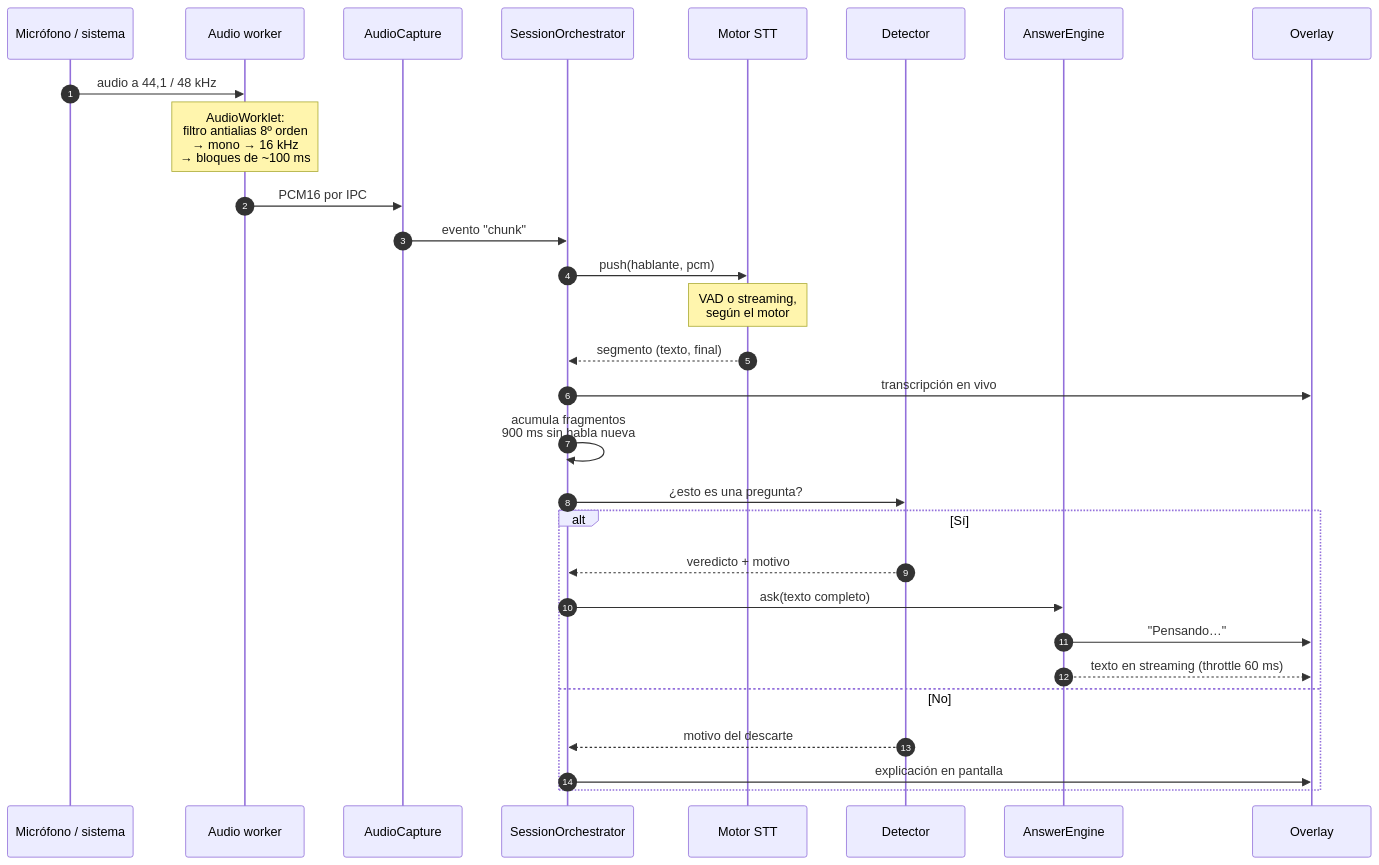
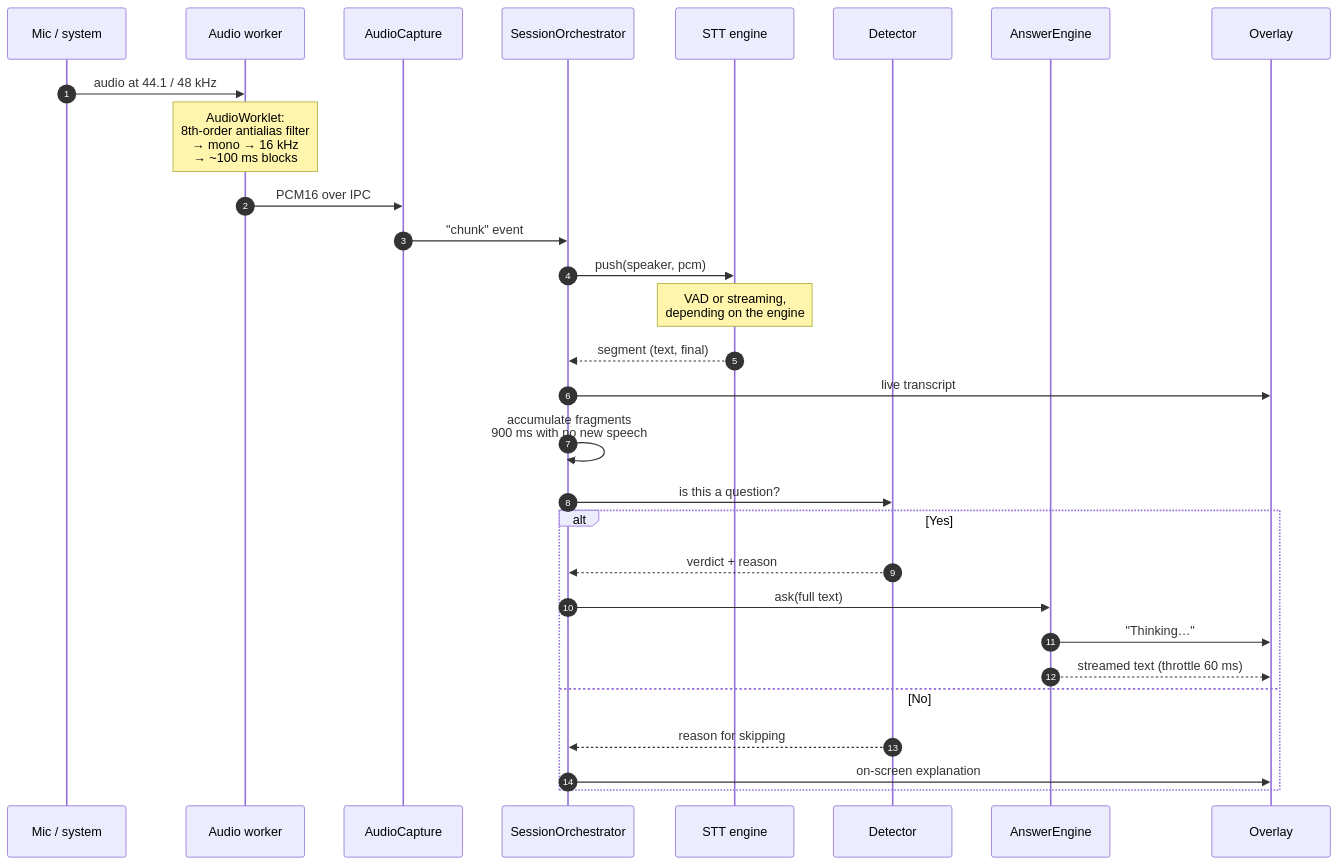
The second of 7 diagrams in ARCHITECTURE.md (cflarios/Tayori), drawn with Mermaid before and after one commit. The commit also changed other lines of this file and 2 other files, not shown here.

First line of the commit message:
docs: translate ARCHITECTURE.md to English

````diff
--- a/ARCHITECTURE.md
+++ b/ARCHITECTURE.md
@@ -78,32 +78,32 @@
 ```mermaid
 sequenceDiagram
     autonumber
-    participant Mic as Micrófono / sistema
+    participant Mic as Mic / system
     participant W as Audio worker
     participant C as AudioCapture
     participant S as SessionOrchestrator
-    participant T as Motor STT
+    participant T as STT engine
     participant D as Detector
     participant A as AnswerEngine
     participant O as Overlay
 
-    Mic->>W: audio a 44,1 / 48 kHz
-    Note over W: AudioWorklet:<br/>filtro antialias 8º orden<br/>→ mono → 16 kHz<br/>→ bloques de ~100 ms
-    W->>C: PCM16 por IPC
-    C->>S: evento "chunk"
-    S->>T: push(hablante, pcm)
-    Note over T: VAD o streaming,<br/>según el motor
-    T-->>S: segmento (texto, final)
-    S->>O: transcripción en vivo
-    S->>S: acumula fragmentos<br/>900 ms sin habla nueva
-    S->>D: ¿esto es una pregunta?
-    alt Sí
-        D-->>S: veredicto + motivo
-        S->>A: ask(texto completo)
-        A->>O: "Pensando…"
-        A-->>O: texto en streaming (throttle 60 ms)
+    Mic->>W: audio at 44.1 / 48 kHz
+    Note over W: AudioWorklet:<br/>8th-order antialias filter<br/>→ mono → 16 kHz<br/>→ ~100 ms blocks
+    W->>C: PCM16 over IPC
+    C->>S: "chunk" event
+    S->>T: push(speaker, pcm)
+    Note over T: VAD or streaming,<br/>depending on the engine
+    T-->>S: segment (text, final)
+    S->>O: live transcript
+    S->>S: accumulate fragments<br/>900 ms with no new speech
+    S->>D: is this a question?
+    alt Yes
+        D-->>S: verdict + reason
+        S->>A: ask(full text)
+        A->>O: "Thinking…"
+        A-->>O: streamed text (throttle 60 ms)
     else No
-        D-->>S: motivo del descarte
-        S->>O: explicación en pantalla
+        D-->>S: reason for skipping
+        S->>O: on-screen explanation
     end
 ```
````
